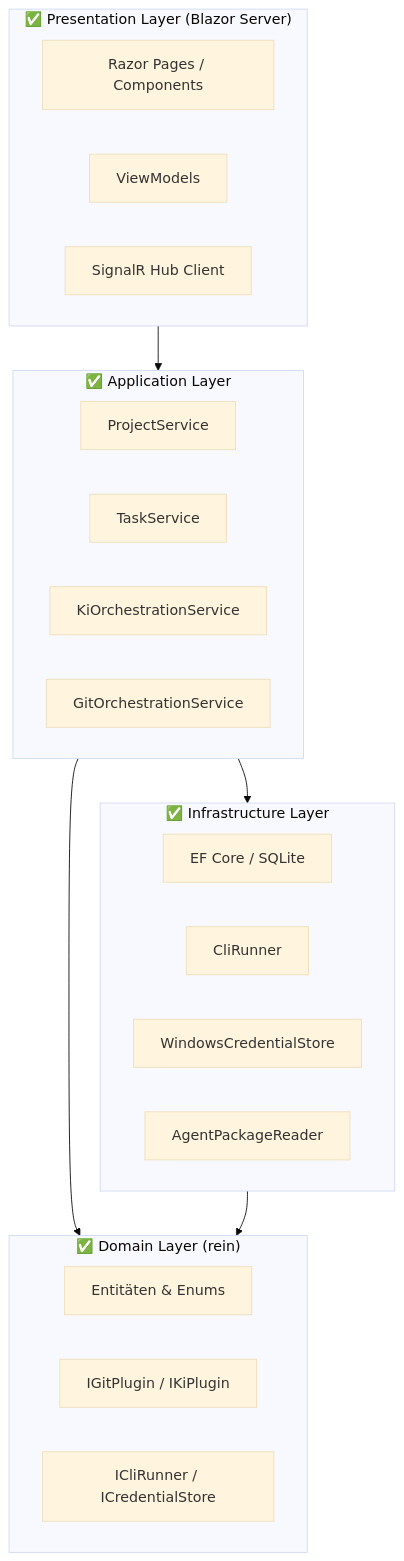
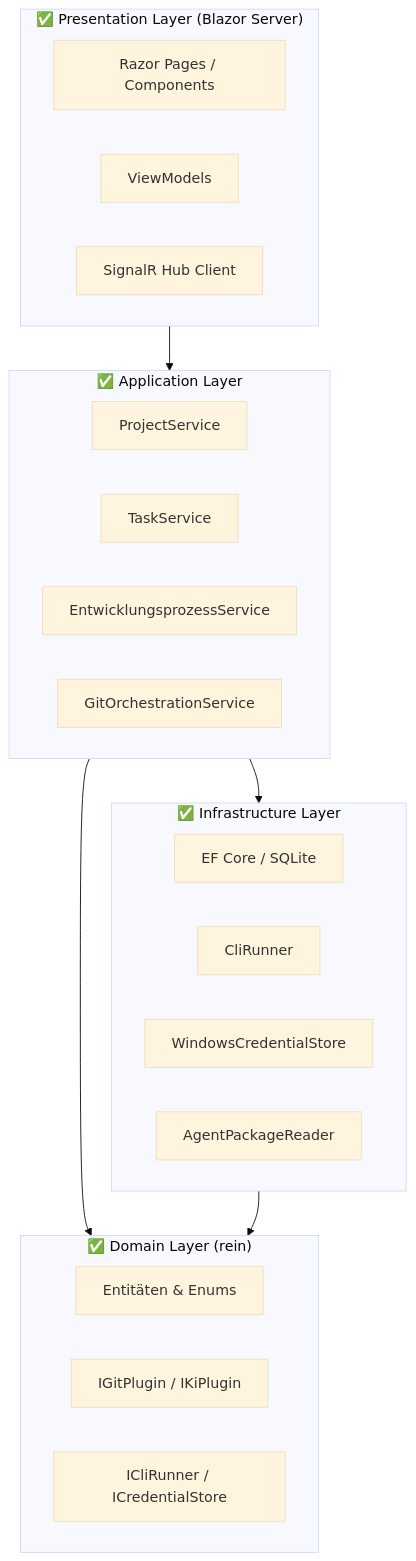
The first of 11 diagrams in docs/improvements/architecture-review.md (martin-stromberg/Softwareschmiede), drawn with Mermaid (base theme) before and after one commit. The commit also changed other lines of this file and 67 other files, not shown here.

````diff
--- a/docs/improvements/architecture-review.md
+++ b/docs/improvements/architecture-review.md
@@ -68,33 +68,33 @@
 ```mermaid
 graph TB
     subgraph Presentation["✅ Presentation Layer (Blazor Server)"]
         PRL1[Razor Pages / Components]
         PRL2[ViewModels]
         PRL3[SignalR Hub Client]
     end
 
     subgraph Application["✅ Application Layer"]
         APL1[ProjectService]
         APL2[TaskService]
-        APL3[KiOrchestrationService]
+        APL3[EntwicklungsprozessService]
         APL4[GitOrchestrationService]
     end
 
     subgraph Domain["✅ Domain Layer (rein)"]
         DOL1[Entitäten & Enums]
         DOL2[IGitPlugin / IKiPlugin]
         DOL3[ICliRunner / ICredentialStore]
     end
 
     subgraph Infrastructure["✅ Infrastructure Layer"]
         INL1[EF Core / SQLite]
         INL2[CliRunner]
         INL3[WindowsCredentialStore]
         INL4[AgentPackageReader]
     end
 
     Presentation --> Application
     Application --> Domain
     Infrastructure --> Domain
     Application --> Infrastructure
 ```
````
